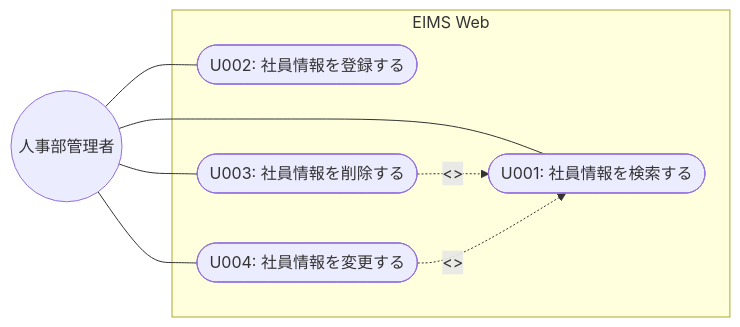
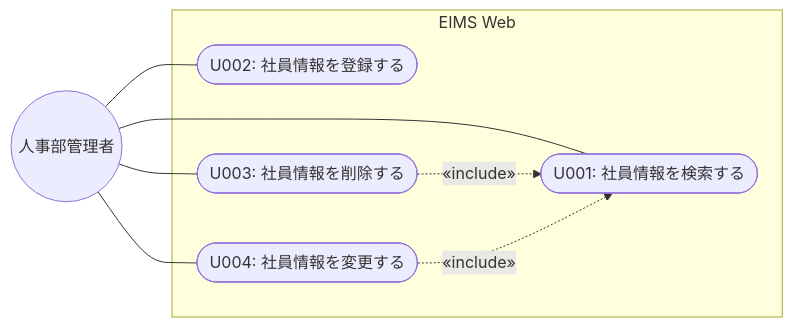
The first of 4 diagrams in EIMS_Comprehensive_Exercise_Guide.md (juyeongjung1/NewEIMS), drawn with Mermaid before and after one commit.

Commit message:
ユースケース図のinclude表記をギュメ記号に修正（HTML解釈回避）

````diff
--- a/EIMS_Comprehensive_Exercise_Guide.md
+++ b/EIMS_Comprehensive_Exercise_Guide.md
@@ -341,19 +341,19 @@
 ```mermaid
 flowchart LR
     管理者((人事部管理者))
     
     subgraph EIMS Web
         UC1([U001: 社員情報を検索する])
         UC2([U002: 社員情報を登録する])
         UC3([U003: 社員情報を削除する])
         UC4([U004: 社員情報を変更する])
     end
     
     管理者 --- UC1
     管理者 --- UC2
     管理者 --- UC3
     管理者 --- UC4
     
-    UC3 -.->|<<include>>| UC1
-    UC4 -.->|<<include>>| UC1
+    UC3 -.->|"«include»"| UC1
+    UC4 -.->|"«include»"| UC1
 ```
````
